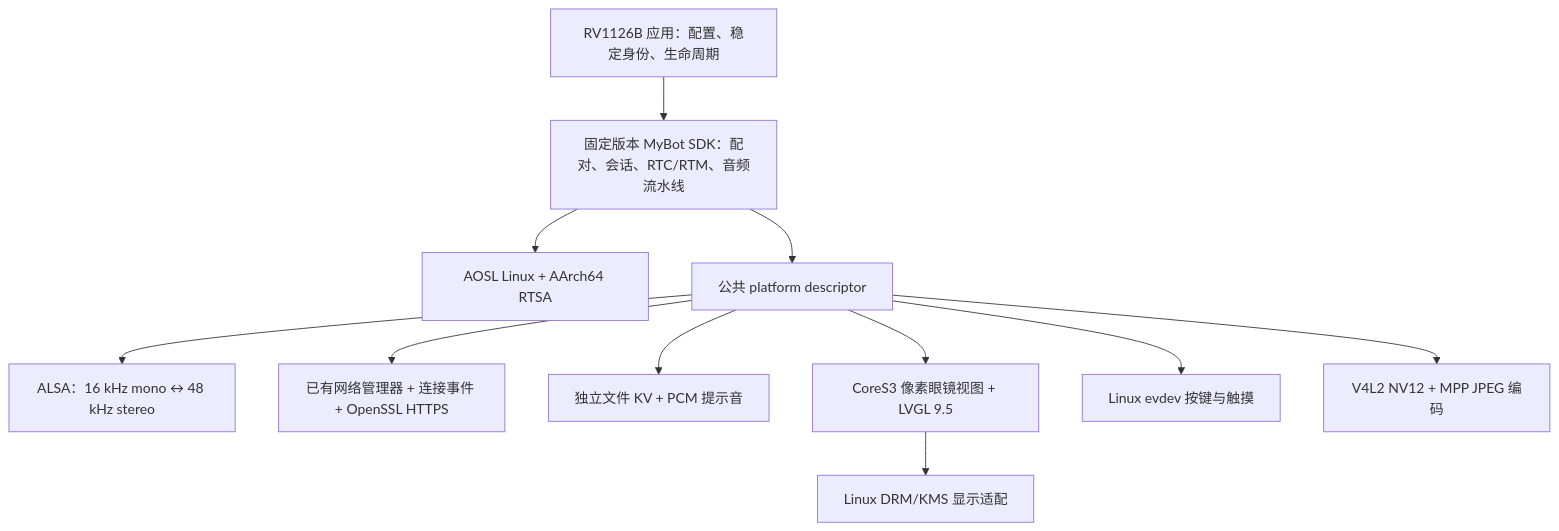
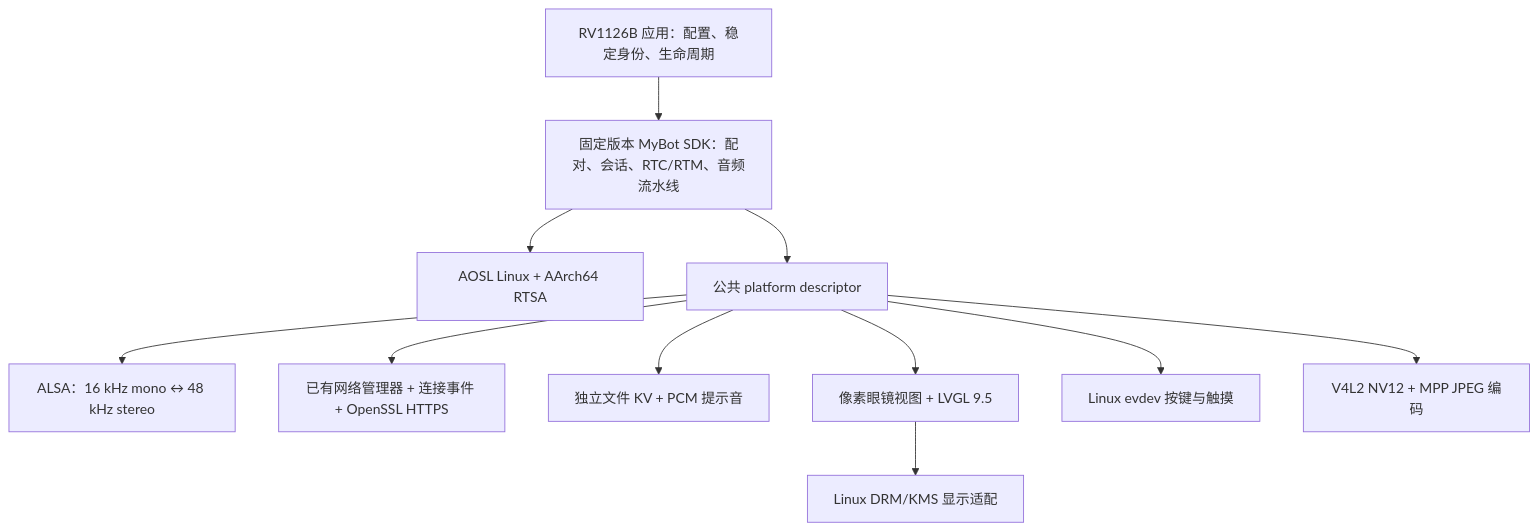
One commit to AgoraIO-Community/agora-r2-pro-devkit changed the diagram in docs/history/rv1126b-feasibility.zh-CN.md. Above: the diagram before and after it, drawn with Mermaid. The commit also changed other lines of this file and 33 other files, not shown here.

````diff
--- a/docs/history/rv1126b-feasibility.zh-CN.md
+++ b/docs/history/rv1126b-feasibility.zh-CN.md
@@ -60,24 +57,24 @@
 ```mermaid
 flowchart TB
     app[RV1126B 应用：配置、稳定身份、生命周期]
     sdk[固定版本 MyBot SDK：配对、会话、RTC/RTM、音频流水线]
     aosl[AOSL Linux + AArch64 RTSA]
     ops[公共 platform descriptor]
     audio[ALSA：16 kHz mono ↔ 48 kHz stereo]
     net[已有网络管理器 + 连接事件 + OpenSSL HTTPS]
     kv[独立文件 KV + PCM 提示音]
-    ui[CoreS3 像素眼镜视图 + LVGL 9.5]
+    ui[像素眼镜视图 + LVGL 9.5]
     drm[Linux DRM/KMS 显示适配]
     input[Linux evdev 按键与触摸]
     video[V4L2 NV12 + MPP JPEG 编码]
     app --> sdk
     sdk --> aosl
     sdk --> ops
     ops --> audio
     ops --> net
     ops --> kv
     ops --> ui
     ui --> drm
     ops --> input
     ops --> video
 ```
````
